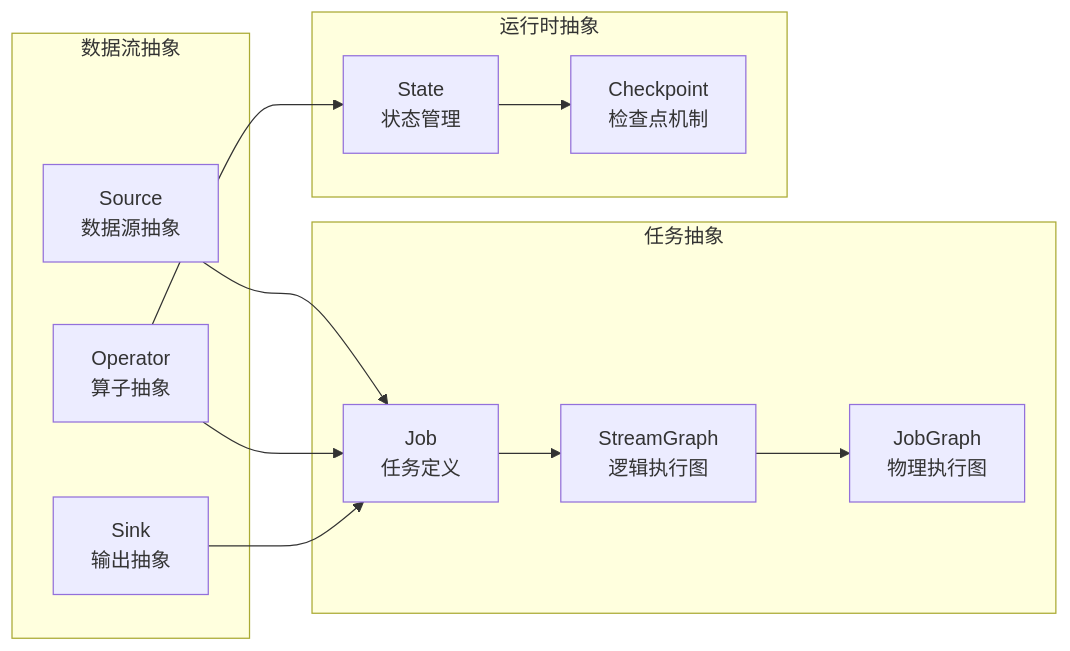
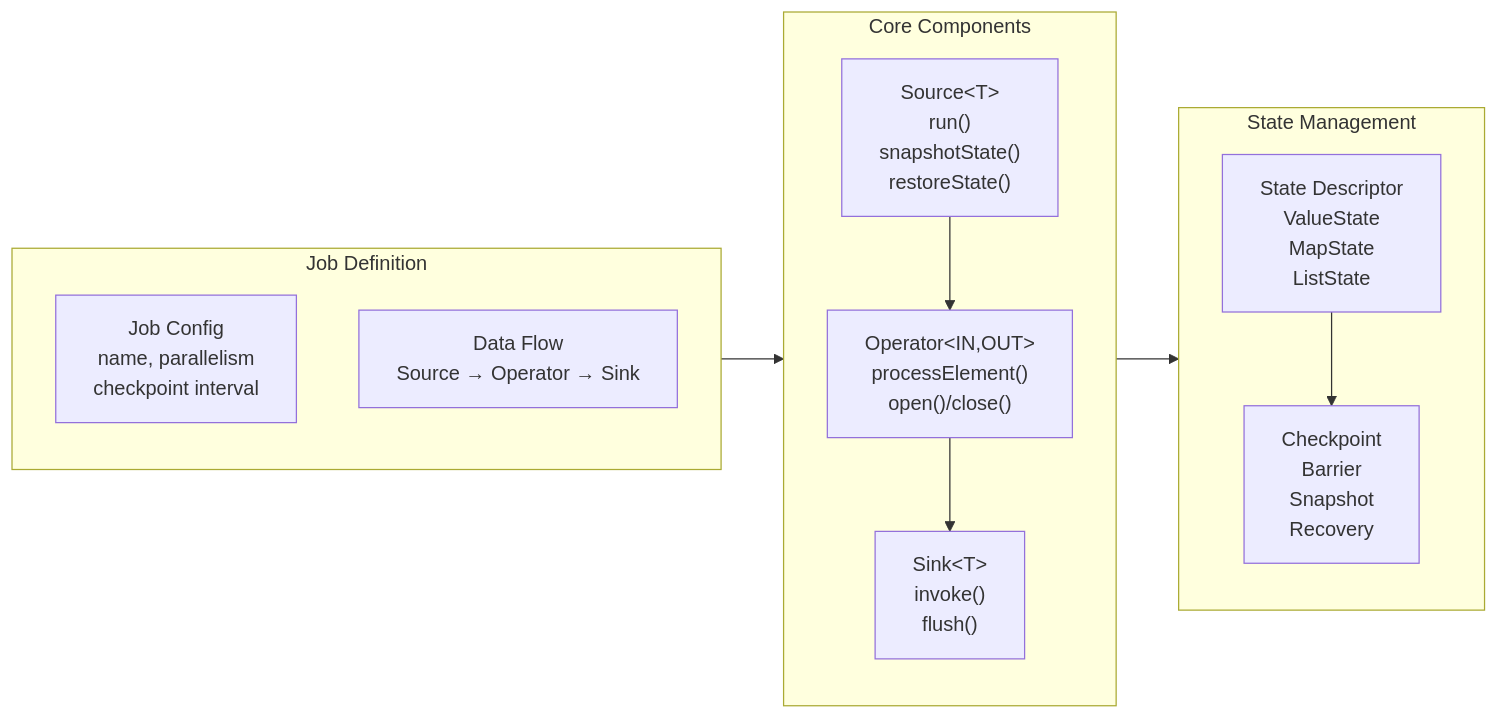
One commit to 312268112/advanced-java changed the second of 6 diagrams in pipeline-framework-design.md. Above: the diagram before and after it, drawn with Mermaid. The commit also changed other lines of this file, not shown here.

````diff
--- a/pipeline-framework-design.md
+++ b/pipeline-framework-design.md
@@ -98,29 +150,27 @@
 ```mermaid
 graph LR
-    subgraph "数据流抽象"
-        Source[Source<br/>数据源抽象]
-        Operator[Operator<br/>算子抽象]
-        Sink[Sink<br/>输出抽象]
+    subgraph Job["Job Definition"]
+        direction TB
+        JobConfig["Job Config<br/>name, parallelism<br/>checkpoint interval"]
+        DataFlow["Data Flow<br/>Source → Operator → Sink"]
     end
     
-    subgraph "任务抽象"
-        Job[Job<br/>任务定义]
-        StreamGraph[StreamGraph<br/>逻辑执行图]
-        JobGraph[JobGraph<br/>物理执行图]
+    subgraph Components["Core Components"]
+        direction TB
+        S["Source&lt;T&gt;<br/>run()<br/>snapshotState()<br/>restoreState()"]
+        O["Operator&lt;IN,OUT&gt;<br/>processElement()<br/>open()/close()"]
+        K["Sink&lt;T&gt;<br/>invoke()<br/>flush()"]
     end
     
-    subgraph "运行时抽象"
-        State[State<br/>状态管理]
-        Checkpoint[Checkpoint<br/>检查点机制]
+    subgraph State["State Management"]
+        direction TB
+        StateDescriptor["State Descriptor<br/>ValueState<br/>MapState<br/>ListState"]
+        Checkpoint["Checkpoint<br/>Barrier<br/>Snapshot<br/>Recovery"]
     end
     
-    Source --> Job
-    Operator --> Job
-    Sink --> Job
-    
-    Job --> StreamGraph
-    StreamGraph --> JobGraph
-    
-    Operator --> State
-    State --> Checkpoint
+    Job --> Components
+    S --> O
+    O --> K
+    O --> StateDescriptor
+    StateDescriptor --> Checkpoint
 ```
````
